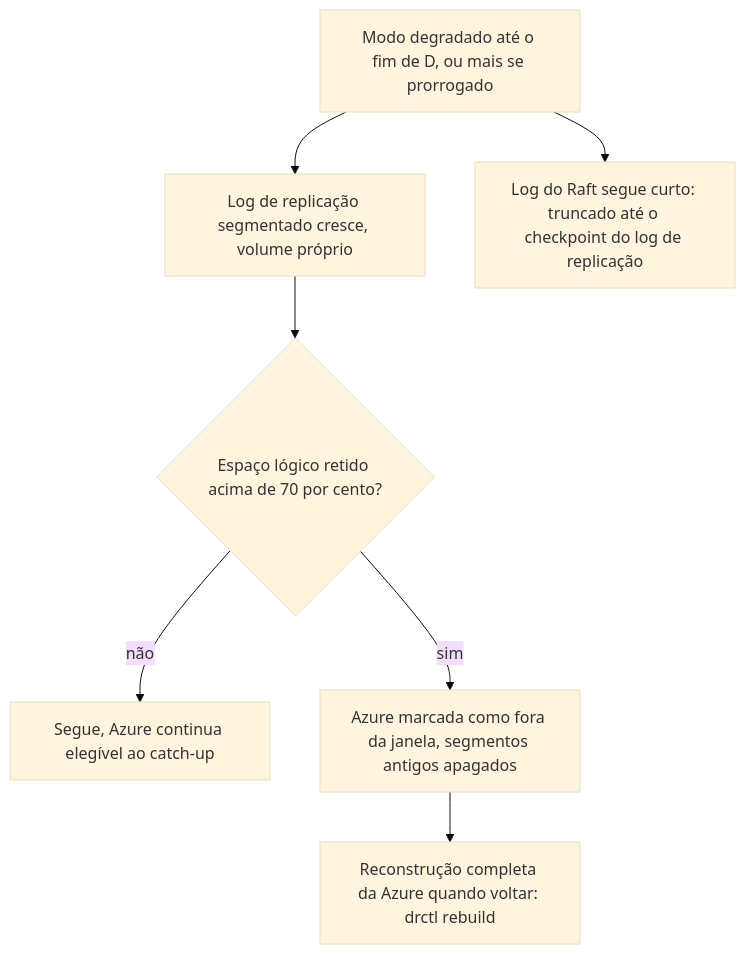
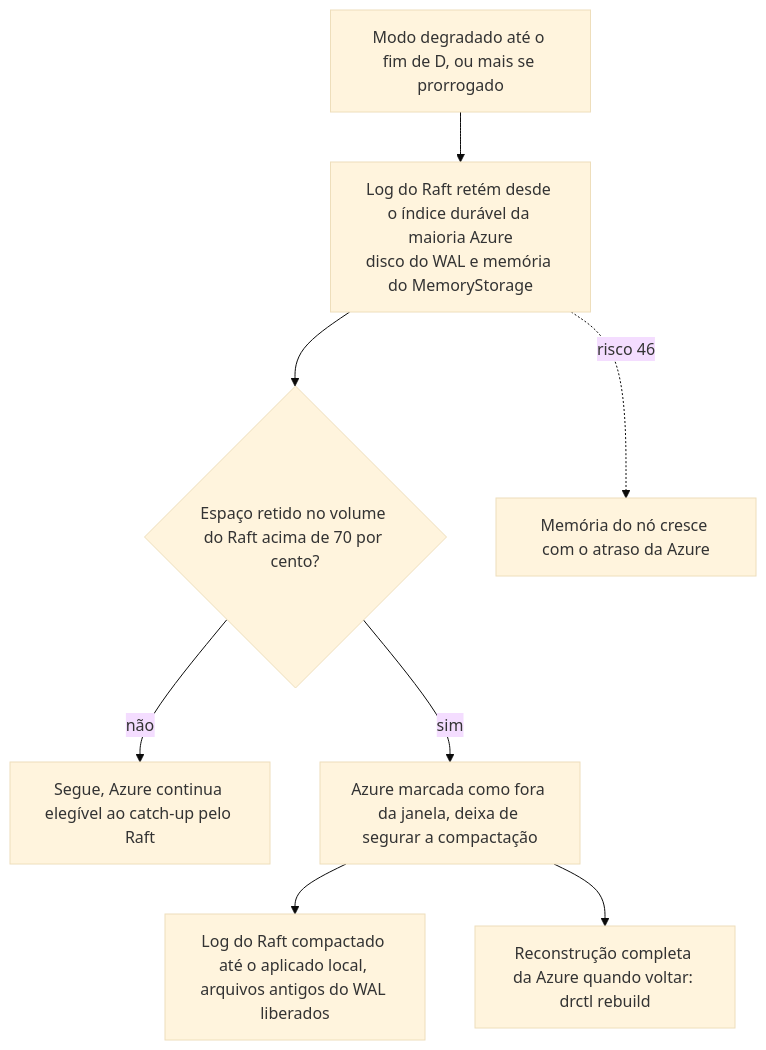
Before and after one commit to brbarmex/k: the diagram in doc/02_cenarios/atualizados/C29-disco-do-log-em-degradacao-longa.md, drawn with Mermaid (base theme). The commit also changed other lines of this file and 197 other files, not shown here.

First line of the commit message:
Remove o log de replicação (replog) e todas as menções

````diff
--- a/doc/02_cenarios/atualizados/C29-disco-do-log-em-degradacao-longa.md
+++ b/doc/02_cenarios/atualizados/C29-disco-do-log-em-degradacao-longa.md
@@ -19,9 +21,10 @@
 ```mermaid
 flowchart TD
-    A["Modo degradado até o fim de D, ou mais se prorrogado"] --> B["Log de replicação segmentado cresce, volume próprio"]
-    A --> R["Log do Raft segue curto: truncado até o checkpoint do log de replicação"]
-    B --> C{"Espaço lógico retido acima de 70 por cento?"}
-    C -->|"não"| D["Segue, Azure continua elegível ao catch-up"]
-    C -->|"sim"| E["Azure marcada como fora da janela, segmentos antigos apagados"]
+    A["Modo degradado até o fim de D, ou mais se prorrogado"] --> B["Log do Raft retém desde o índice durável da maioria Azure<br/>disco do WAL e memória do MemoryStorage"]
+    B --> C{"Espaço retido no volume do Raft acima de 70 por cento?"}
+    C -->|"não"| D["Segue, Azure continua elegível ao catch-up pelo Raft"]
+    C -->|"sim"| E["Azure marcada como fora da janela, deixa de segurar a compactação"]
+    E --> G["Log do Raft compactado até o aplicado local, arquivos antigos do WAL liberados"]
     E --> F["Reconstrução completa da Azure quando voltar: drctl rebuild"]
+    B -.->|"risco 46"| M["Memória do nó cresce com o atraso da Azure"]
 ```
````
